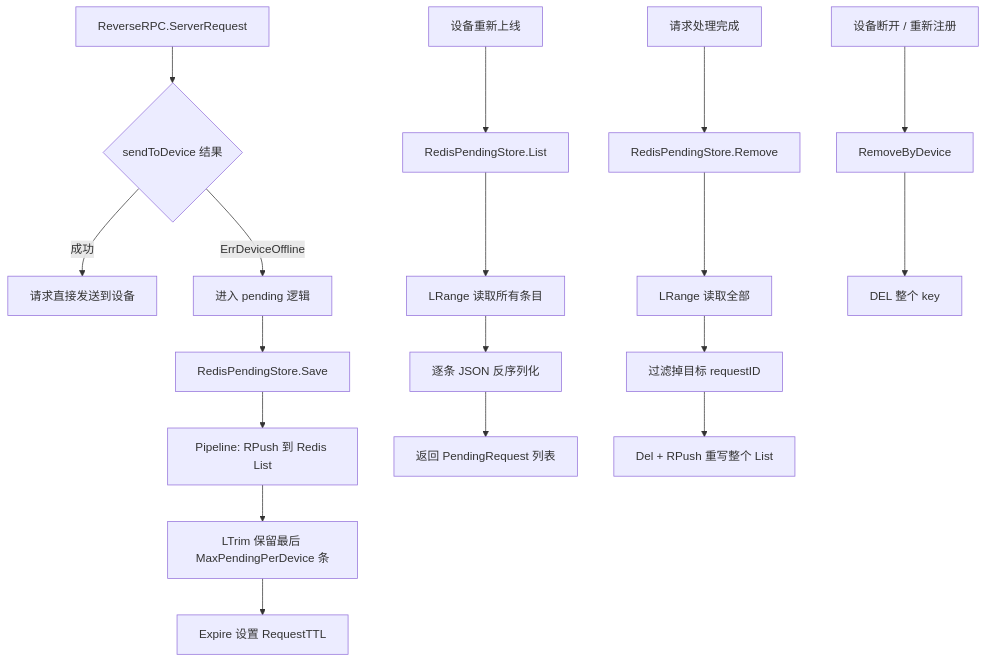
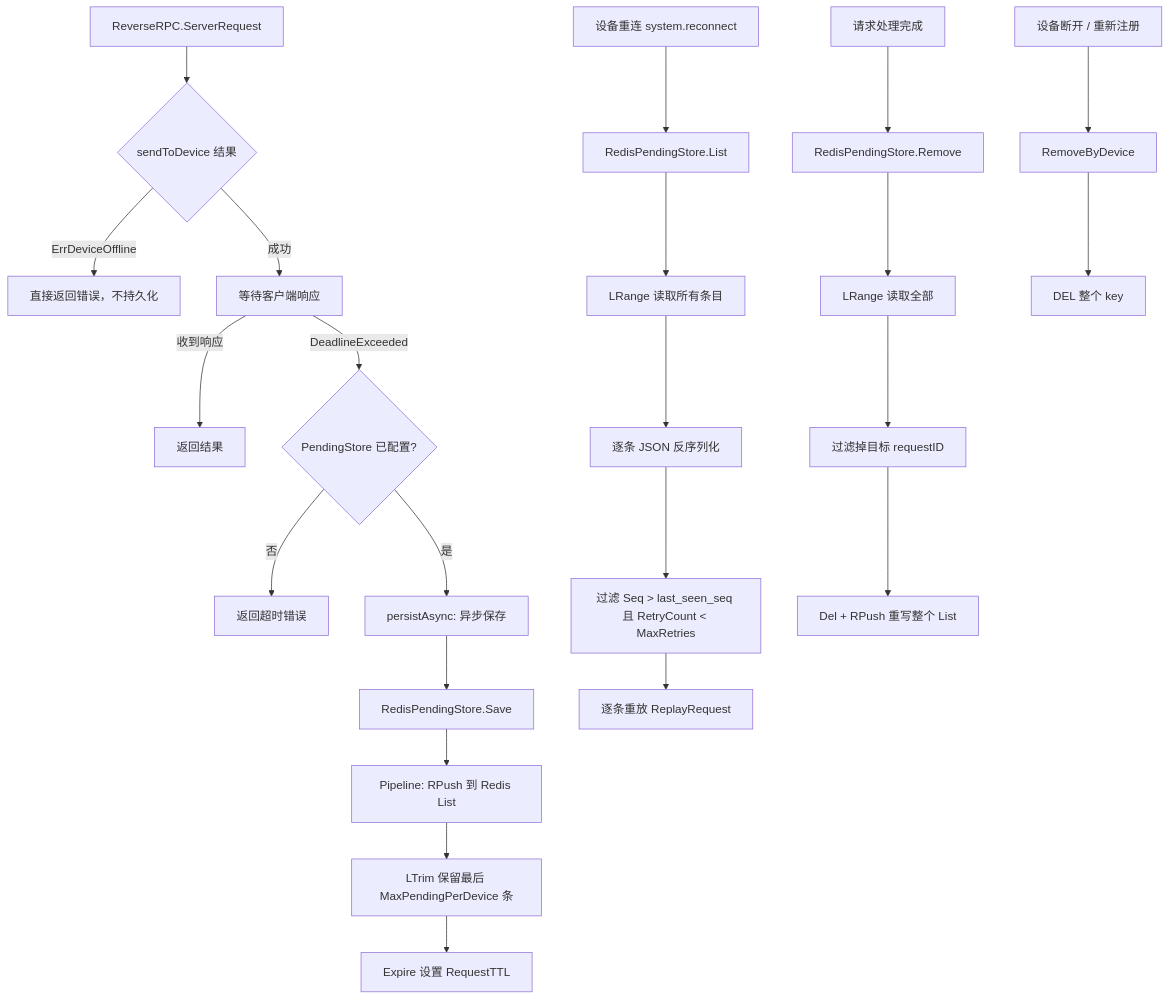
One commit to PineappleBond/xyncra-server changed the third of 5 diagrams in wiki/flows/broadcasting.md. Above: the diagram before and after it, drawn with Mermaid. The commit also changed other lines of this file and 22 other files, not shown here.

````diff
--- a/wiki/flows/broadcasting.md
+++ b/wiki/flows/broadcasting.md
@@ -177,24 +197,29 @@
 ```mermaid
 flowchart TD
     A[ReverseRPC.ServerRequest] --> B{sendToDevice 结果}
-    B -->|成功| C[请求直接发送到设备]
-    B -->|ErrDeviceOffline| D[进入 pending 逻辑]
+    B -->|ErrDeviceOffline| C[直接返回错误，不持久化]
+    B -->|成功| D[等待客户端响应]
+    D -->|收到响应| E[返回结果]
+    D -->|DeadlineExceeded| F{PendingStore 已配置?}
+    F -->|否| G[返回超时错误]
+    F -->|是| H[persistAsync: 异步保存]
 
-    D --> E[RedisPendingStore.Save]
-    E --> F[Pipeline: RPush 到 Redis List]
-    F --> G[LTrim 保留最后 MaxPendingPerDevice 条]
-    G --> H[Expire 设置 RequestTTL]
+    H --> I[RedisPendingStore.Save]
+    I --> J[Pipeline: RPush 到 Redis List]
+    J --> K[LTrim 保留最后 MaxPendingPerDevice 条]
+    K --> L[Expire 设置 RequestTTL]
 
-    I[设备重新上线] --> J[RedisPendingStore.List]
-    J --> K[LRange 读取所有条目]
-    K --> L[逐条 JSON 反序列化]
-    L --> M[返回 PendingRequest 列表]
+    M[设备重连 system.reconnect] --> N[RedisPendingStore.List]
+    N --> O[LRange 读取所有条目]
+    O --> P[逐条 JSON 反序列化]
+    P --> Q[过滤 Seq > last_seen_seq 且 RetryCount < MaxRetries]
+    Q --> R[逐条重放 ReplayRequest]
 
-    N[请求处理完成] --> O[RedisPendingStore.Remove]
-    O --> P[LRange 读取全部]
-    P --> Q[过滤掉目标 requestID]
-    Q --> R[Del + RPush 重写整个 List]
+    S[请求处理完成] --> T[RedisPendingStore.Remove]
+    T --> U[LRange 读取全部]
+    U --> V[过滤掉目标 requestID]
+    V --> W[Del + RPush 重写整个 List]
 
-    S[设备断开 / 重新注册] --> T[RemoveByDevice]
-    T --> U[DEL 整个 key]
+    X[设备断开 / 重新注册] --> Y[RemoveByDevice]
+    Y --> Z[DEL 整个 key]
 ```
````
